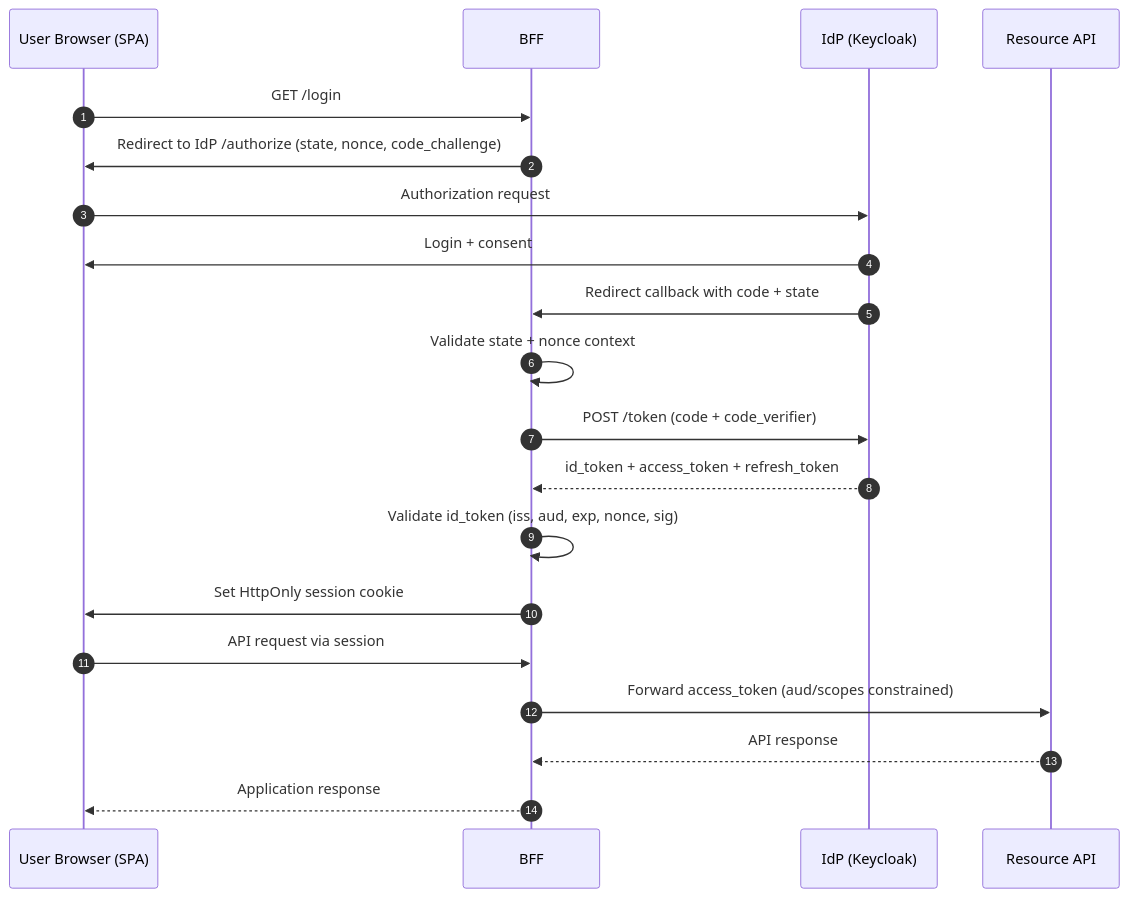
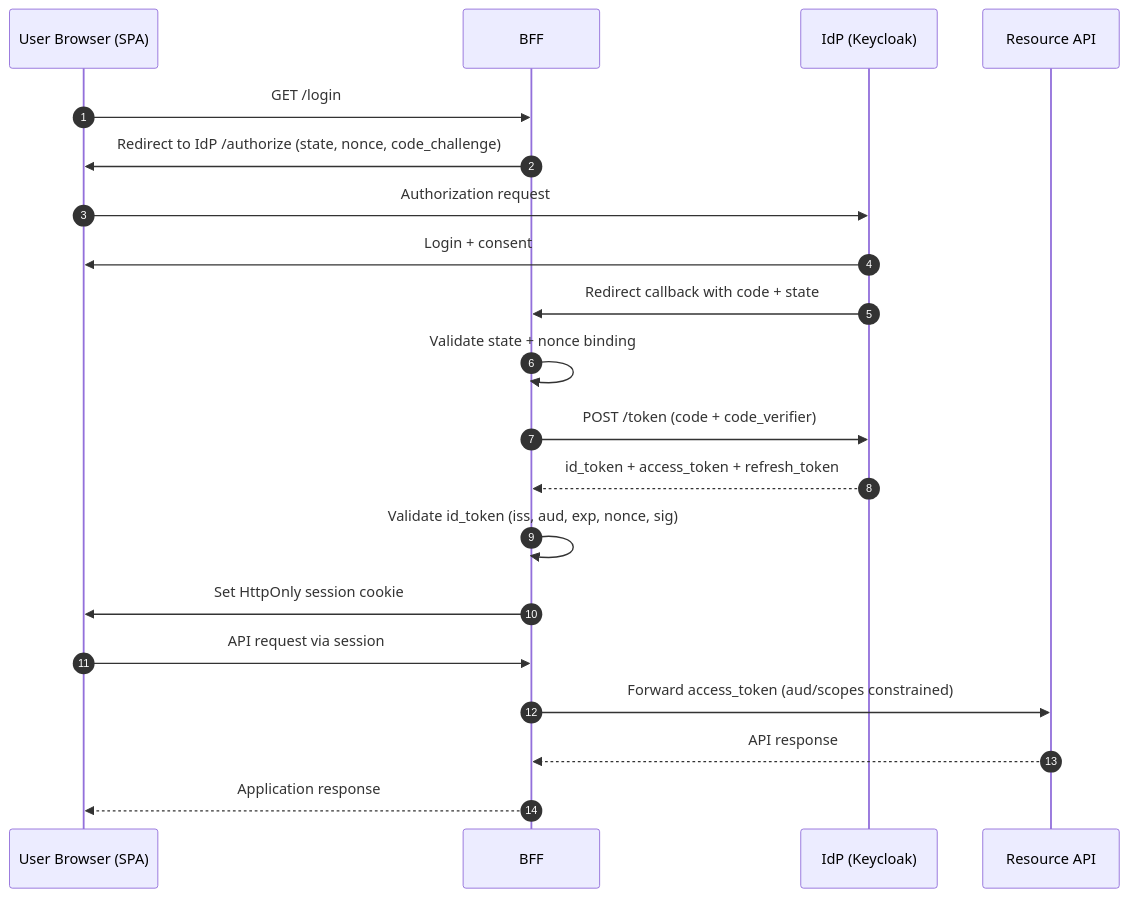
The diagram in content/application-security/identity/oidc-oauth/playbook.ru.md (defrixx/defrixx.github.io), drawn with Mermaid before and after one commit. The commit also changed other lines of this file and 17 other files, not shown here.

````diff
--- a/content/application-security/identity/oidc-oauth/playbook.ru.md
+++ b/content/application-security/identity/oidc-oauth/playbook.ru.md
@@ -17,23 +17,23 @@
 ```mermaid
 sequenceDiagram
     autonumber
     participant U as User Browser (SPA)
     participant B as BFF
     participant I as IdP (Keycloak)
     participant A as Resource API
 
     U->>B: GET /login
     B->>U: Redirect to IdP /authorize (state, nonce, code_challenge)
     U->>I: Authorization request
     I->>U: Login + consent
     I->>B: Redirect callback with code + state
-    B->>B: Validate state + nonce context
+    B->>B: Validate state + nonce binding
     B->>I: POST /token (code + code_verifier)
     I-->>B: id_token + access_token + refresh_token
     B->>B: Validate id_token (iss, aud, exp, nonce, sig)
     B->>U: Set HttpOnly session cookie
     U->>B: API request via session
     B->>A: Forward access_token (aud/scopes constrained)
     A-->>B: API response
     B-->>U: Application response
 ```
````
